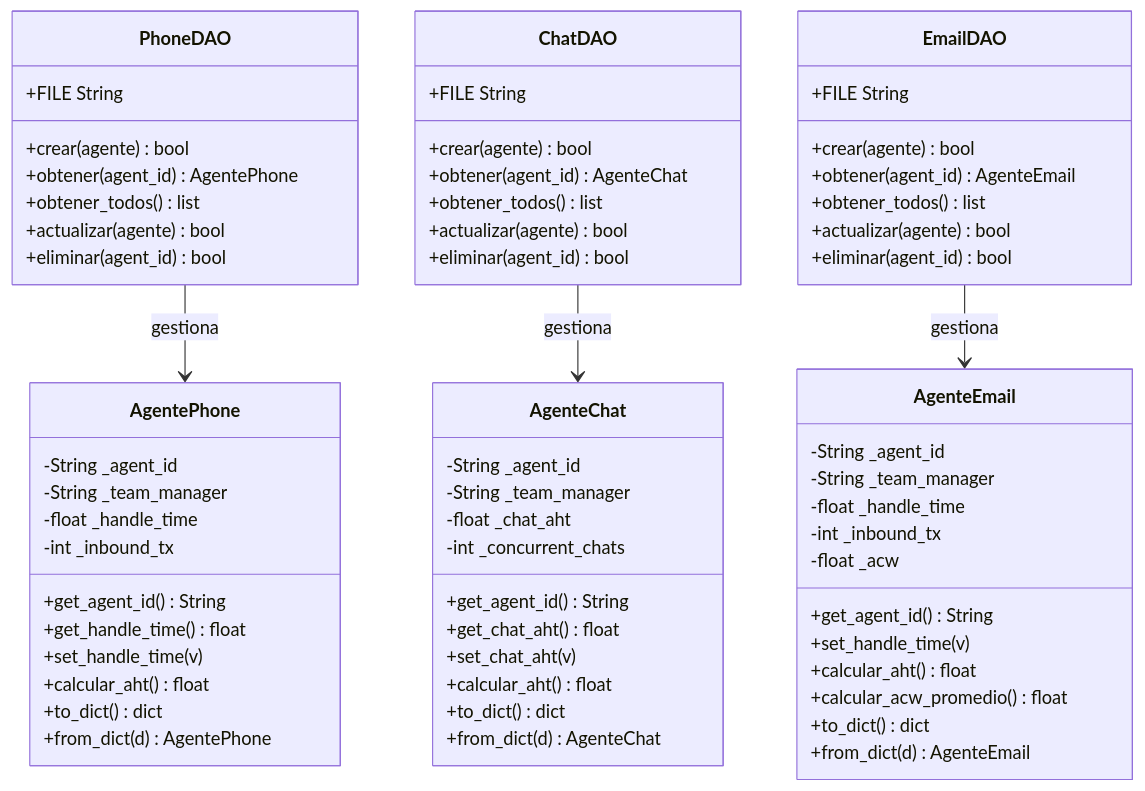
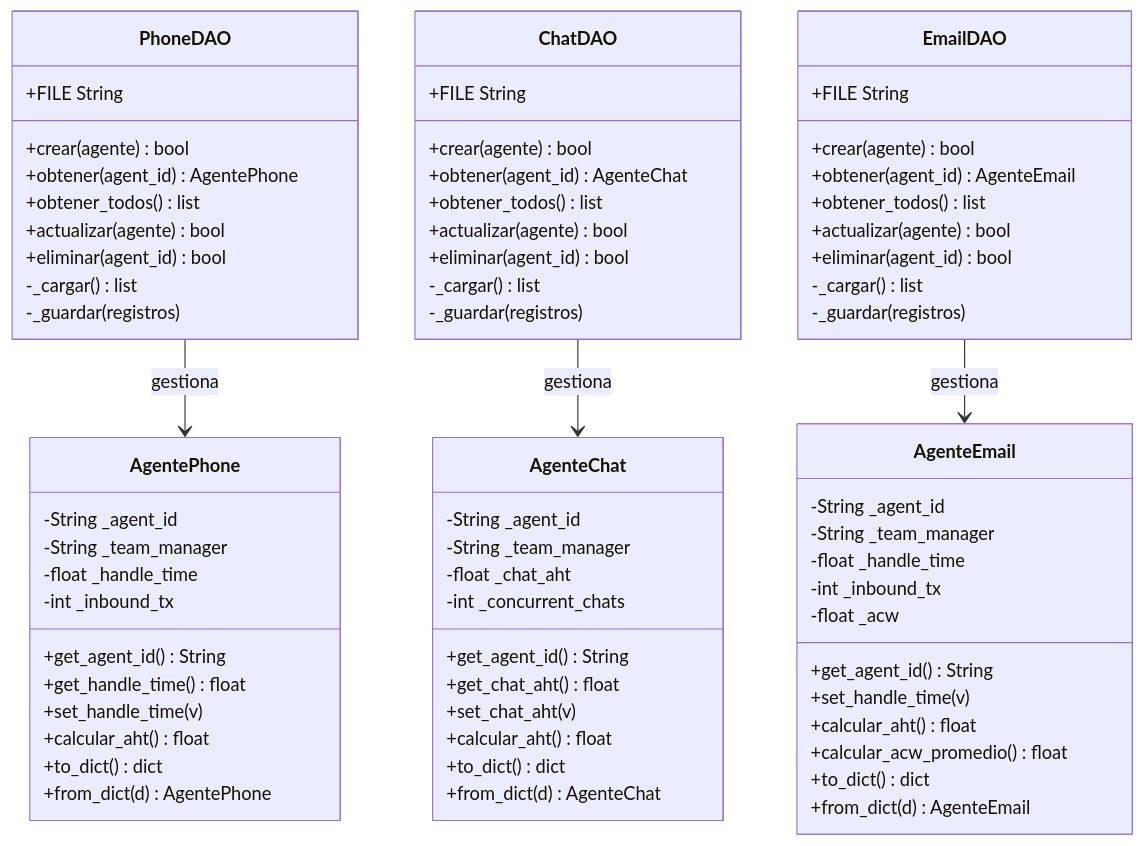
Before and after one commit to JuanGonzalezP1021/2026_Proyecyo_Final: the diagram in docs/taller_VII.md, drawn with Mermaid. The commit also changed other lines of this file and 5 other files, not shown here.

````diff
--- a/docs/taller_VII.md
+++ b/docs/taller_VII.md
@@ -55,73 +62,79 @@
 ```mermaid
 classDiagram
     class AgentePhone {
         -String _agent_id
         -String _team_manager
         -float _handle_time
         -int _inbound_tx
         +get_agent_id() String
         +get_handle_time() float
         +set_handle_time(v)
         +calcular_aht() float
         +to_dict() dict
         +from_dict(d) AgentePhone
     }
 
     class AgenteChat {
         -String _agent_id
         -String _team_manager
         -float _chat_aht
         -int _concurrent_chats
         +get_agent_id() String
         +get_chat_aht() float
         +set_chat_aht(v)
         +calcular_aht() float
         +to_dict() dict
         +from_dict(d) AgenteChat
     }
 
     class AgenteEmail {
         -String _agent_id
         -String _team_manager
         -float _handle_time
         -int _inbound_tx
         -float _acw
         +get_agent_id() String
         +set_handle_time(v)
         +calcular_aht() float
         +calcular_acw_promedio() float
         +to_dict() dict
         +from_dict(d) AgenteEmail
     }
 
     class PhoneDAO {
         +FILE String
         +crear(agente) bool
         +obtener(agent_id) AgentePhone
         +obtener_todos() list
         +actualizar(agente) bool
         +eliminar(agent_id) bool
+        -_cargar() list
+        -_guardar(registros)
     }
 
     class ChatDAO {
         +FILE String
         +crear(agente) bool
         +obtener(agent_id) AgenteChat
         +obtener_todos() list
         +actualizar(agente) bool
         +eliminar(agent_id) bool
+        -_cargar() list
+        -_guardar(registros)
     }
 
     class EmailDAO {
         +FILE String
         +crear(agente) bool
         +obtener(agent_id) AgenteEmail
         +obtener_todos() list
         +actualizar(agente) bool
         +eliminar(agent_id) bool
+        -_cargar() list
+        -_guardar(registros)
     }
 
     PhoneDAO --> AgentePhone : gestiona
     ChatDAO --> AgenteChat : gestiona
     EmailDAO --> AgenteEmail : gestiona
 ```
````
